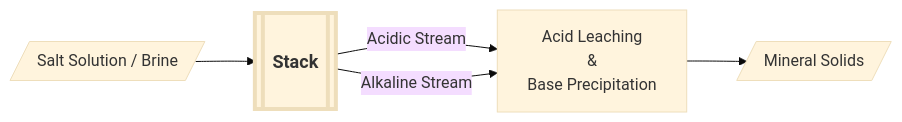
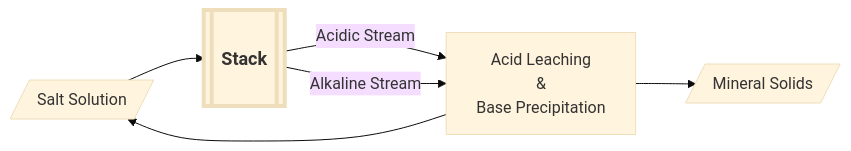
The second of 2 diagrams in content/tech/sectors/minerals/_index.md (yuroucelinexiao/ionic-stacks), drawn with Mermaid (base theme) before and after one commit. The commit also changed other lines of this file and 32 other files, not shown here.

```diff
--- a/content/tech/sectors/minerals/_index.md
+++ b/content/tech/sectors/minerals/_index.md
@@ -52,19 +56,20 @@
 {{<mermaid >}}
   flowchart LR
 
   %% define the nodes
-    Salt[/"Salt Solution / Brine"/]
+    Salt[/"Salt Solution"/]
     Stack[["Stack"]]
     Recovery["Acid Leaching <br/>&<br/> Base Precipitation"]
     Pure[/"Mineral Solids"/]
 
   %% define the flow
     Salt --> Stack
     Stack --> |Acidic Stream|Recovery
     Stack --> |Alkaline Stream|Recovery
     Recovery --> Pure
+    Recovery --> Salt
 
    %% styling
     classDef StackStyle padding:25px 50px,stroke-width:4px,font-weight:bold,font-size:18px;
     class Stack StackStyle
 {{</mermaid >}}
```
